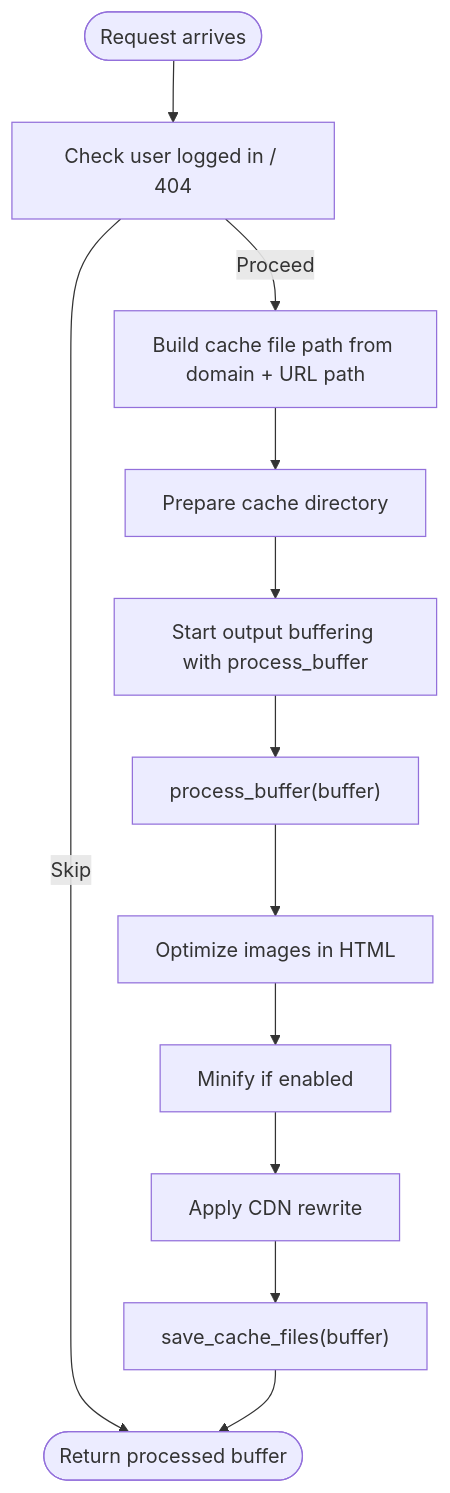
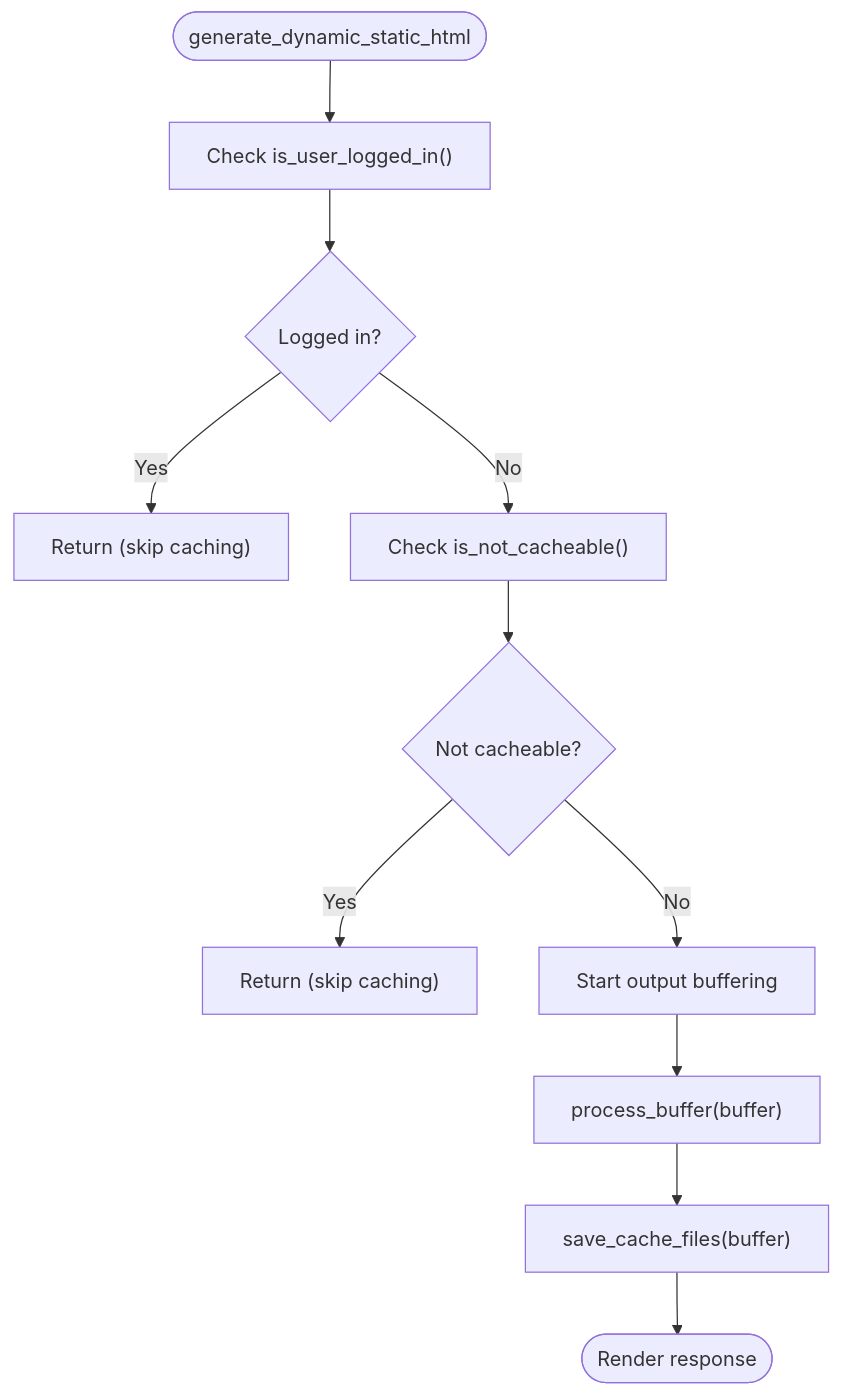
One commit to nilesh32236/performance-optimisation changed the third of 5 diagrams in .qoder/repowiki/en/content/Caching System/Dynamic Static HTML Caching.md. Above: the diagram before and after it, drawn with Mermaid. The commit also changed other lines of this file and 46 other files, not shown here.

````diff
--- a/.qoder/repowiki/en/content/Caching System/Dynamic Static HTML Caching.md
+++ b/.qoder/repowiki/en/content/Caching System/Dynamic Static HTML Caching.md
@@ -135,14 +128,13 @@
 ```mermaid
 flowchart TD
-Start(["Request arrives"]) --> CheckUser["Check user logged in / 404"]
-CheckUser --> |Skip| End(["Exit"])
-CheckUser --> |Proceed| BuildPath["Build cache file path from domain + URL path"]
-BuildPath --> PrepareDir["Prepare cache directory"]
-PrepareDir --> StartOB["Start output buffering with process_buffer"]
-StartOB --> ProcessBuffer["process_buffer(buffer)"]
-ProcessBuffer --> OptImages["Optimize images in HTML"]
-OptImages --> MaybeMinify["Minify if enabled"]
-MaybeMinify --> ApplyCDN["Apply CDN rewrite"]
-ApplyCDN --> SaveFiles["save_cache_files(buffer)"]
-SaveFiles --> End(["Return processed buffer"])
+Start(["generate_dynamic_static_html"]) --> CheckUser["Check is_user_logged_in()"]
+CheckUser --> LoggedIn{"Logged in?"}
+LoggedIn --> |Yes| Exit1["Return (skip caching)"]
+LoggedIn --> |No| CheckCacheable["Check is_not_cacheable()"]
+CheckCacheable --> NotCacheable{"Not cacheable?"}
+NotCacheable --> |Yes| Exit2["Return (skip caching)"]
+NotCacheable --> |No| StartBuffer["Start output buffering"]
+StartBuffer --> ProcessBuffer["process_buffer(buffer)"]
+ProcessBuffer --> SaveFiles["save_cache_files(buffer)"]
+SaveFiles --> Done(["Render response"])
 ```
````
